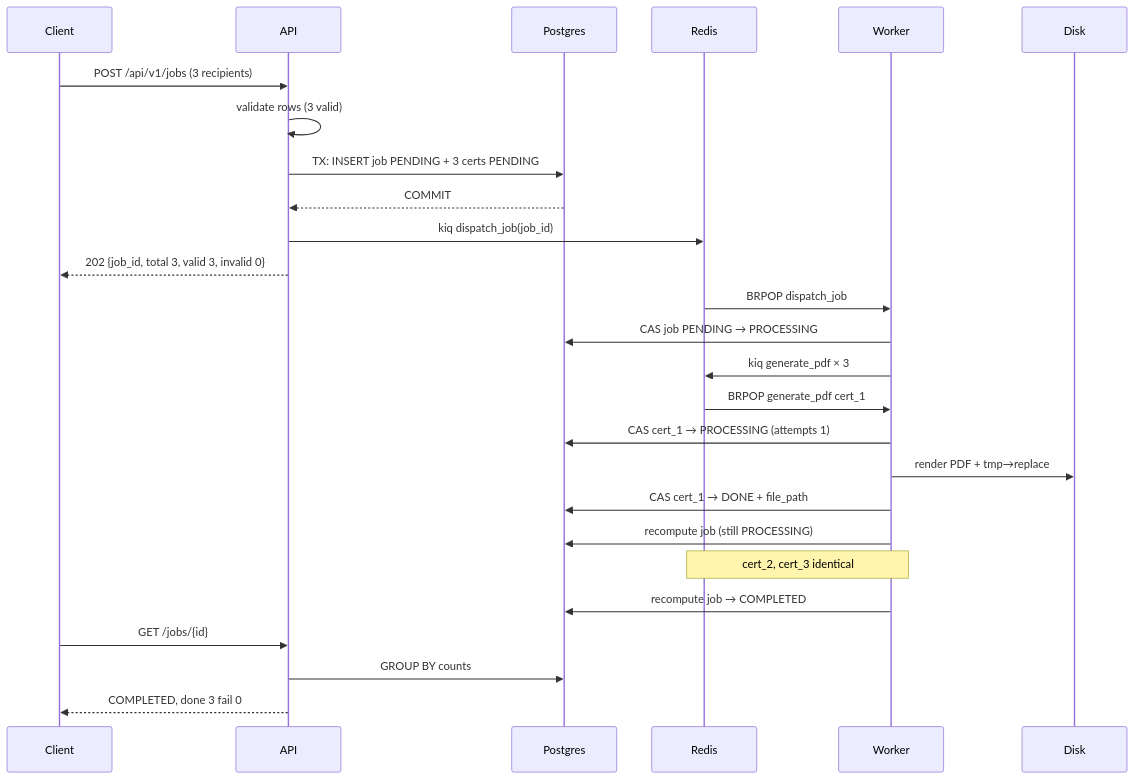
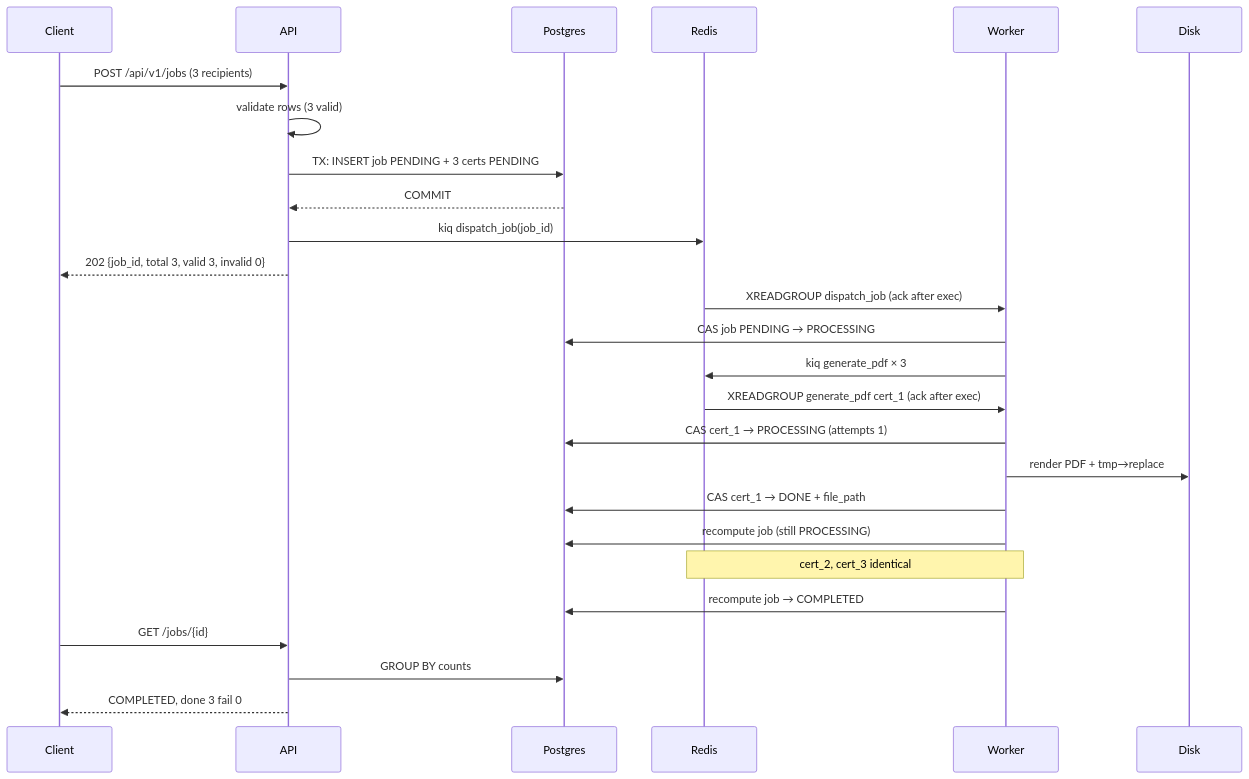
Before and after one commit to shah-dhwanil/aereo-assignment: the fifth of 13 diagrams in docs/superpowers/specs/2026-10-11-bulk-certificate-generator-design.md, drawn with Mermaid. The commit also changed other lines of this file and 7 other files, not shown here.

````diff
--- a/docs/superpowers/specs/2026-10-11-bulk-certificate-generator-design.md
+++ b/docs/superpowers/specs/2026-10-11-bulk-certificate-generator-design.md
@@ -203,29 +214,29 @@
 ```mermaid
 sequenceDiagram
     participant C as Client
     participant A as API
     participant P as Postgres
     participant R as Redis
     participant W as Worker
     participant D as Disk
 
     C->>A: POST /api/v1/jobs (3 recipients)
     A->>A: validate rows (3 valid)
     A->>P: TX: INSERT job PENDING + 3 certs PENDING
     P-->>A: COMMIT
     A->>R: kiq dispatch_job(job_id)
     A-->>C: 202 {job_id, total 3, valid 3, invalid 0}
-    R->>W: BRPOP dispatch_job
+    R->>W: XREADGROUP dispatch_job (ack after exec)
     W->>P: CAS job PENDING → PROCESSING
     W->>R: kiq generate_pdf × 3
-    R->>W: BRPOP generate_pdf cert_1
+    R->>W: XREADGROUP generate_pdf cert_1 (ack after exec)
     W->>P: CAS cert_1 → PROCESSING (attempts 1)
     W->>D: render PDF + tmp→replace
     W->>P: CAS cert_1 → DONE + file_path
     W->>P: recompute job (still PROCESSING)
     Note over W,R: cert_2, cert_3 identical
     W->>P: recompute job → COMPLETED
     C->>A: GET /jobs/{id}
     A->>P: GROUP BY counts
     A-->>C: COMPLETED, done 3 fail 0
 ```
````
